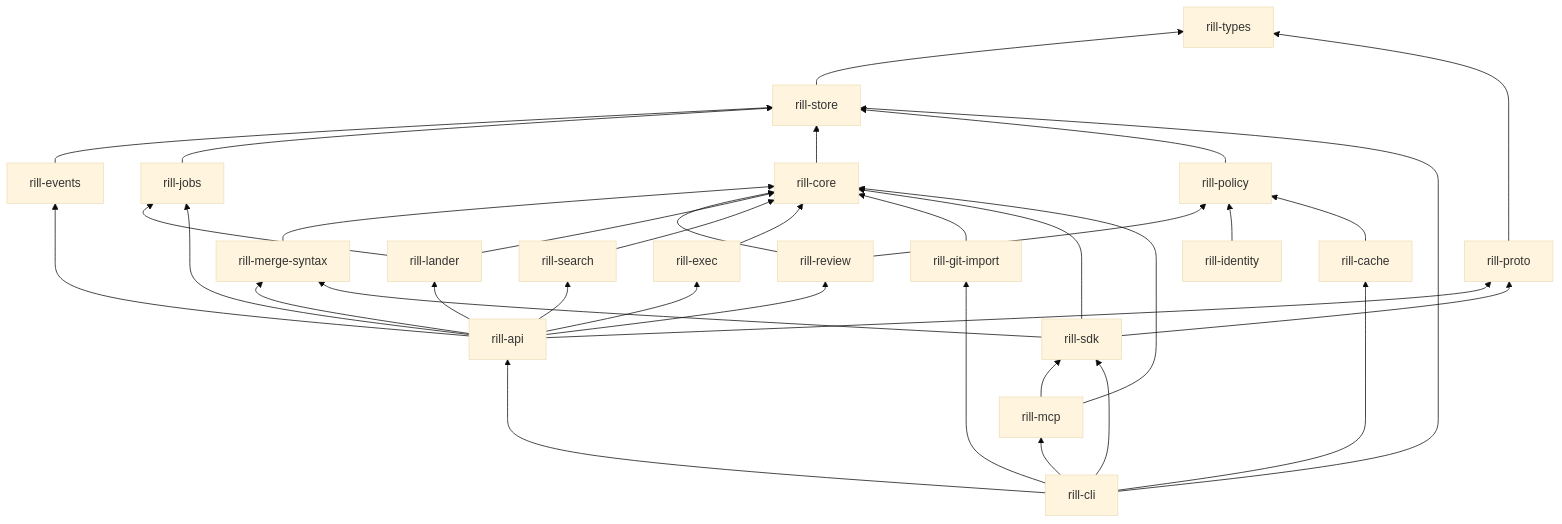
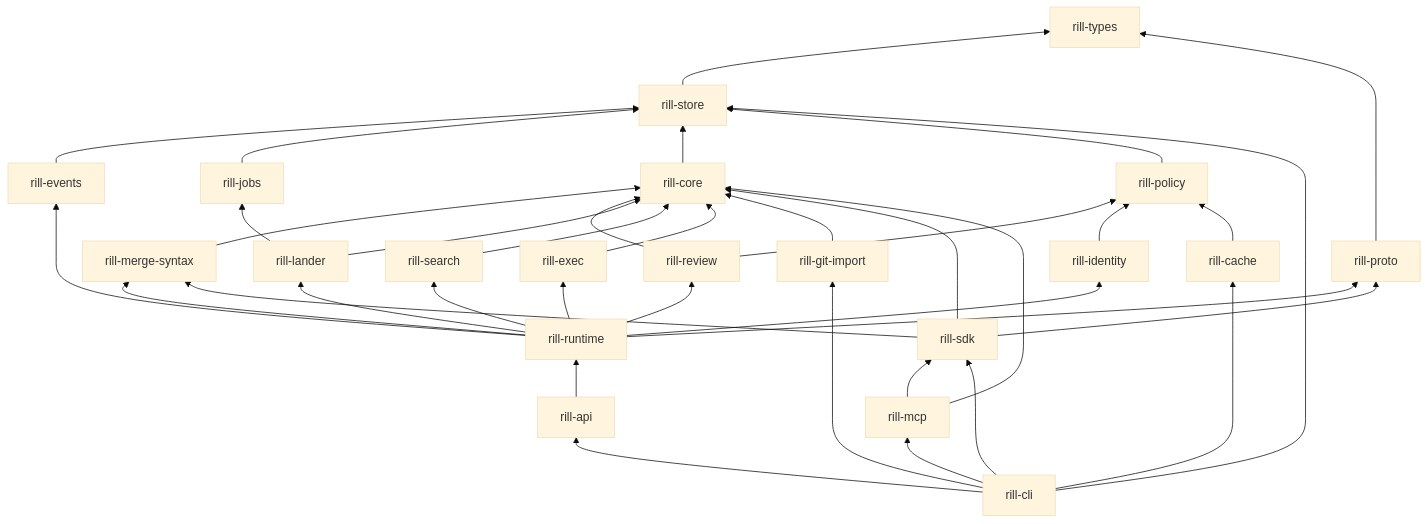
Before and after one commit to envoy1084/rill: the diagram in architecture/01-overview/crates-and-layering.md, drawn with Mermaid (base theme). The commit also changed other lines of this file and 159 other files, not shown here.

First line of the commit message:
server: split rill-runtime out of rill-api

````diff
--- a/architecture/01-overview/crates-and-layering.md
+++ b/architecture/01-overview/crates-and-layering.md
@@ -42,22 +70,23 @@
 ```mermaid
 flowchart BT
   types[rill-types]
   store[rill-store] --> types
   events[rill-events] --> store
   jobs[rill-jobs] --> store
   core[rill-core] --> store
   mergesyn[rill-merge-syntax] --> core
   policy[rill-policy] --> store
   review[rill-review] --> core & policy
   lander[rill-lander] --> core & jobs
   search[rill-search] --> core
   exec[rill-exec] --> core
   import[rill-git-import] --> core
   identity[rill-identity] --> policy
   proto[rill-proto] --> types
-  server[rill-api] --> review & lander & search & exec & proto & events & jobs & mergesyn
+  runtime[rill-runtime] --> review & lander & search & exec & identity & proto & events & mergesyn
+  api[rill-api] --> runtime
   cache[rill-cache] --> policy
   sdk[rill-sdk] --> proto & core & mergesyn
   mcp[rill-mcp] --> sdk & core
-  cli[rill-cli] --> sdk & mcp & server & cache & store & import
+  cli[rill-cli] --> sdk & mcp & api & cache & store & import
 ```
````
